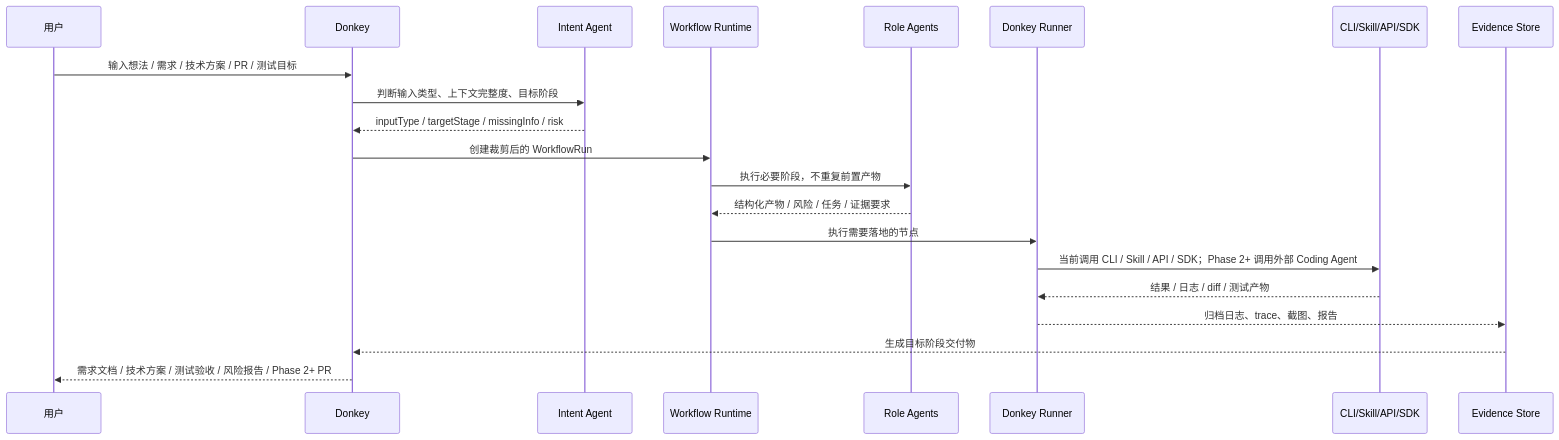
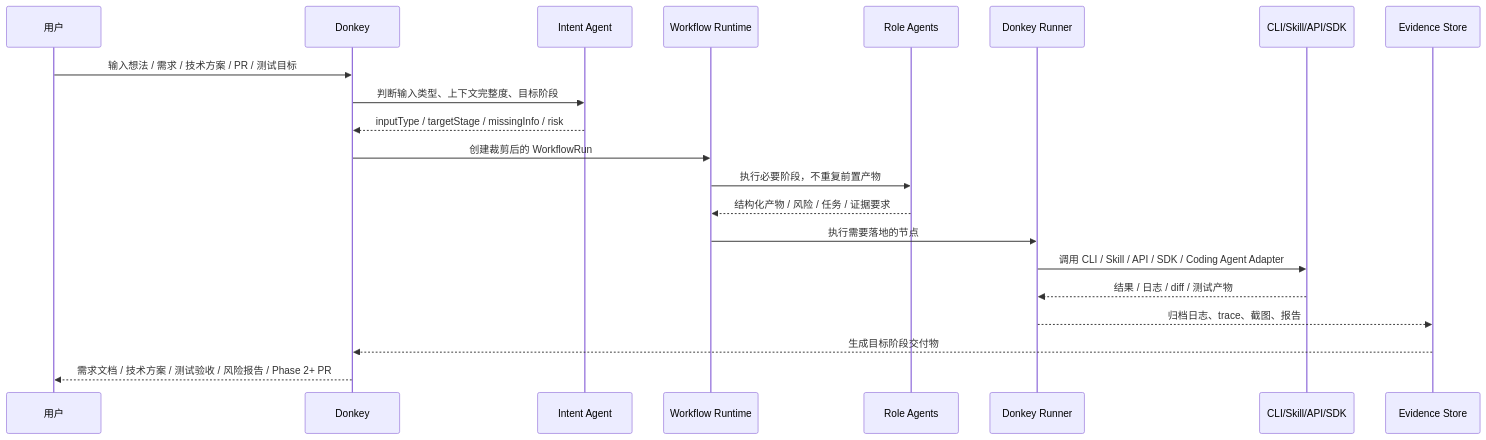
One commit to zesming/tekon changed the second of 2 diagrams in docs/technical/mvp-technical-plan.md. Above: the diagram before and after it, drawn with Mermaid. The commit also changed other lines of this file and 24 other files, not shown here.

Commit message:
feat: add local coding adapter and tui

````diff
--- a/docs/technical/mvp-technical-plan.md
+++ b/docs/technical/mvp-technical-plan.md
@@ -527,24 +527,24 @@
 ```mermaid
 sequenceDiagram
   participant User as 用户
   participant Donkey as Donkey
   participant Intent as Intent Agent
   participant WF as Workflow Runtime
   participant Agent as Role Agents
   participant Runner as Donkey Runner
   participant Tool as CLI/Skill/API/SDK
   participant Evidence as Evidence Store
 
   User->>Donkey: 输入想法 / 需求 / 技术方案 / PR / 测试目标
   Donkey->>Intent: 判断输入类型、上下文完整度、目标阶段
   Intent-->>Donkey: inputType / targetStage / missingInfo / risk
   Donkey->>WF: 创建裁剪后的 WorkflowRun
   WF->>Agent: 执行必要阶段，不重复前置产物
   Agent-->>WF: 结构化产物 / 风险 / 任务 / 证据要求
   WF->>Runner: 执行需要落地的节点
-  Runner->>Tool: 当前调用 CLI / Skill / API / SDK；Phase 2+ 调用外部 Coding Agent
+  Runner->>Tool: 调用 CLI / Skill / API / SDK / Coding Agent Adapter
   Tool-->>Runner: 结果 / 日志 / diff / 测试产物
   Runner-->>Evidence: 归档日志、trace、截图、报告
   Evidence-->>Donkey: 生成目标阶段交付物
   Donkey-->>User: 需求文档 / 技术方案 / 测试验收 / 风险报告 / Phase 2+ PR
 ```
````
